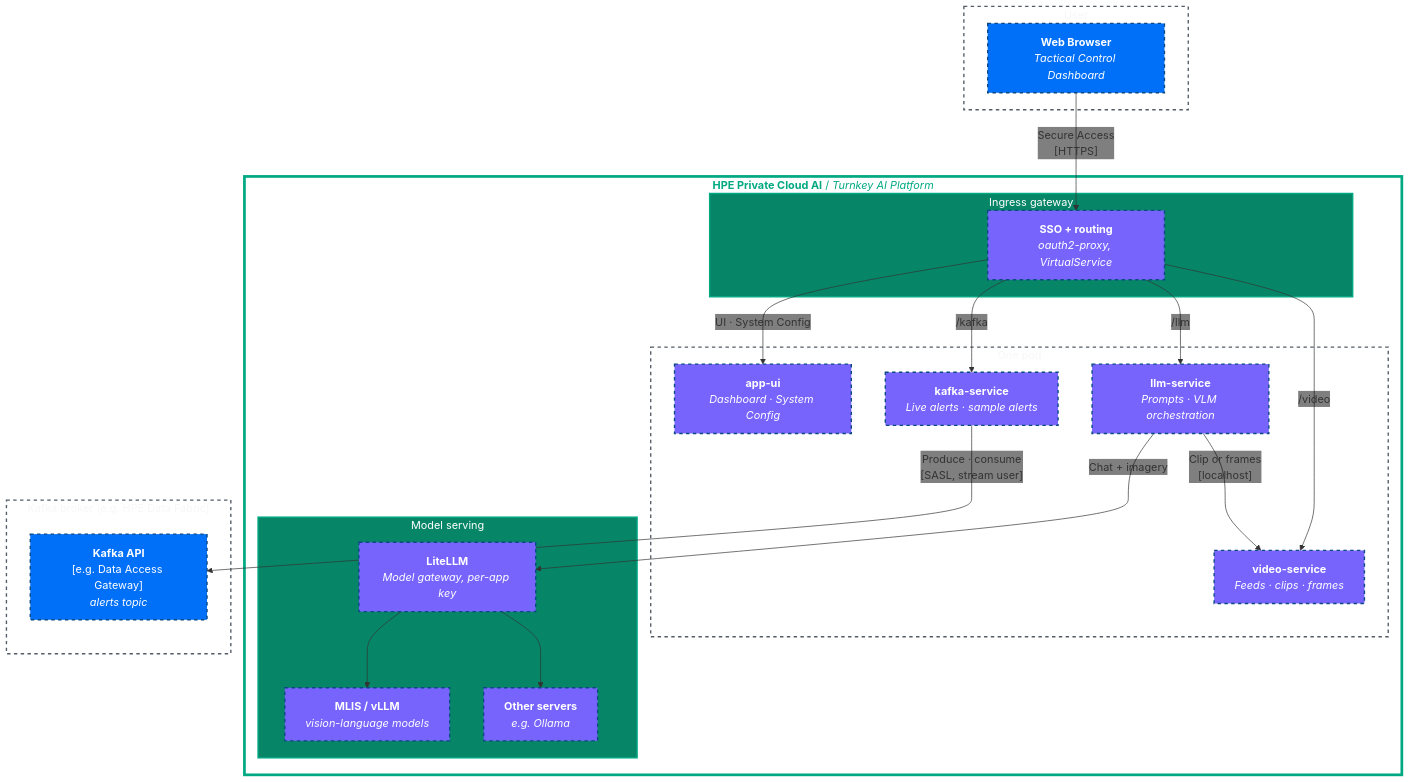
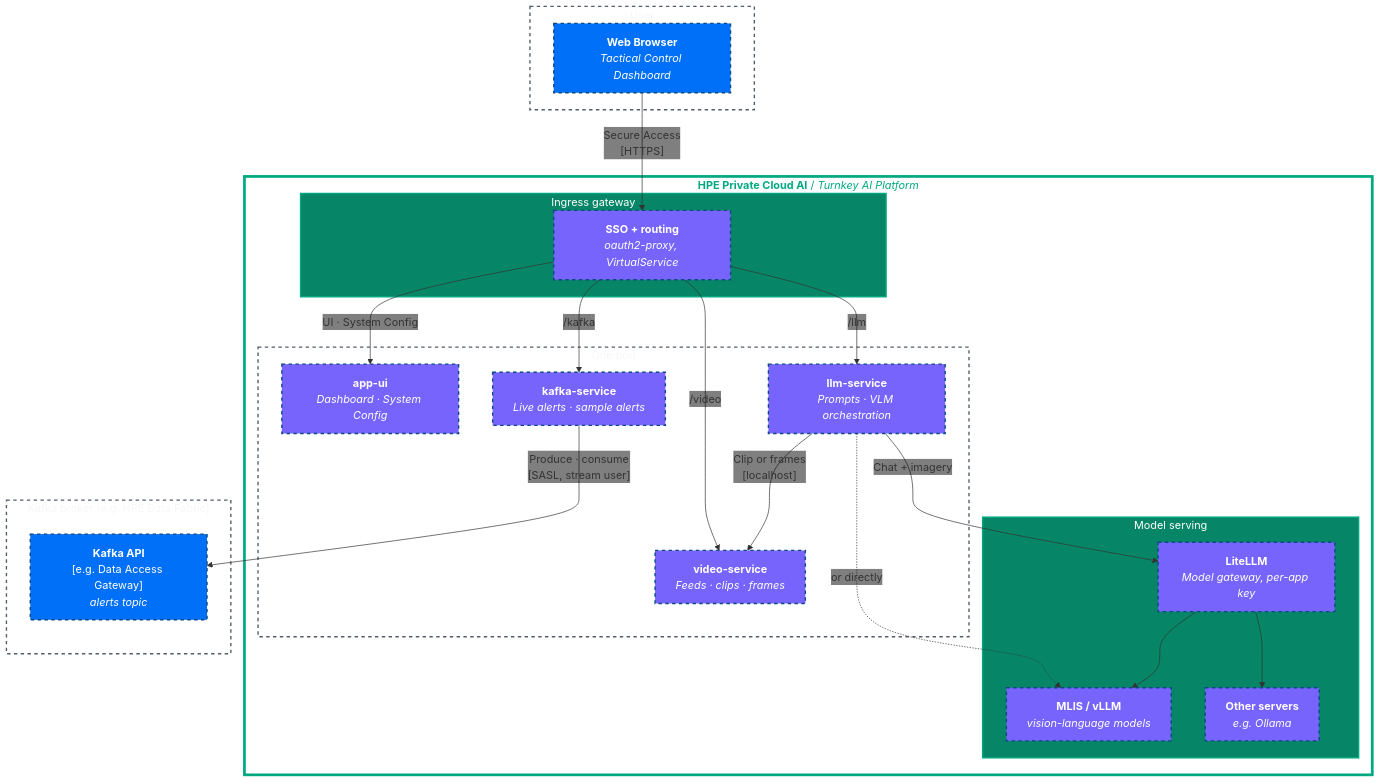
Before and after one commit to erdincka/defence-ops: the diagram in DIAGRAM.md, drawn with Mermaid. The commit also changed other lines of this file and 12 other files, not shown here.

````diff
--- a/DIAGRAM.md
+++ b/DIAGRAM.md
@@ -7,65 +7,66 @@
 ```mermaid
 %%{ init: { 'themeVariables': { 'edgeLabelBackground': 'transparent', 'primaryTextColor': '#F7F7F7', 'secondaryTextColor': '#F7F7F7', 'tertiaryTextColor': '#F7F7F7' } } }%%
 flowchart TD
     %% Styling Classes
     classDef container fill:#7764fc,color:#fff,stroke:#0b4884,stroke-width:2px;
     classDef outsider fill:#0070f8,color:#fff,stroke:#0b4884,stroke-width:2px;
     classDef node fill:none,color:#F7F7F7,stroke:#535C66,stroke-width:2px,stroke-dasharray: 5 5;
     classDef external fill:#3E4550,color:#fff,stroke:#666,stroke-width:2px;
     classDef database fill:#6c2b7c,color:#fff,stroke:#0b4884,stroke-width:2px;
 
     %% 1. User Context (Top)
     subgraph user ["User"]
         spa["<b>Web Browser</b><br/><i>Tactical Control Dashboard</i>"]
     end
     class spa outsider;
 
     %% 2. HPE Private Cloud AI
     subgraph pcai ["<b>HPE Private Cloud AI</b> / <i>Turnkey AI Platform</i>"]
         subgraph gateway ["&nbsp; Ingress gateway &nbsp;"]
             istio["&nbsp; &nbsp; &nbsp; <b>SSO + routing</b> &nbsp; &nbsp; &nbsp;<br/><i>oauth2-proxy, VirtualService</i>"]
         end
         class istio container;
         subgraph ns ["One pod"]
 
             app_ui_svc["<b>app-ui</b><br/><i>Dashboard · System Config</i>"]
             llm_svc["<b>llm-service</b><br/><i>Prompts · VLM orchestration</i>"]
             kafka_svc["<b>kafka-service</b><br/><i>Live alerts · sample alerts</i>"]
             video_svc["<b>video-service</b><br/><i>Feeds · clips · frames</i>"]
             class app_ui_svc,llm_svc,kafka_svc,video_svc container;
             
         end
         subgraph inf_cluster ["Model serving"]
             litellm["<b>LiteLLM</b><br/><i>Model gateway, per-app key</i>"]
             mlis["<b>MLIS / vLLM</b><br/><i>vision-language models</i>"]
             ollama["<b>Other servers</b><br/><i>e.g. Ollama</i>"]
         end
         class litellm,mlis,ollama container;
     end
 
     %% 3. External Dependencies (Bottom)
     subgraph external ["Kafka broker (e.g. HPE Data Fabric)"]
         kafka_cluster["<b>Kafka API</b><br/>[e.g. Data Access Gateway]<br/><i>alerts topic</i>"]
     end
     class kafka_cluster outsider;
 
     %% --- Layout & Relationships ---
     spa -- "Secure Access<br/>[HTTPS]" --> istio
     istio -- "UI · System Config" --> app_ui_svc
     istio -- "/llm" --> llm_svc
     istio -- "/kafka" --> kafka_svc
     istio -- "/video" --> video_svc
     
     %% Aligning lower components side-by-side
     llm_svc -- "Chat + imagery" --> litellm
+    llm_svc -. or directly .-> mlis
     litellm --> mlis
     litellm --> ollama
     llm_svc -- "Clip or frames<br/>[localhost]" --> video_svc
     kafka_svc -- "Produce · consume<br/>[SASL, stream user]" --> kafka_cluster
     
     %% --- Custom Standout Styling ---
     style pcai fill:none,stroke:#01a982,stroke-width:4px,color:#01a982
     style gateway fill:#068667,stroke:#01a982,stroke-width:2px,color:#fff
     style inf_cluster fill:#068667,stroke:#01a982,stroke-width:2px,color:#fff
     class user,ns,pods,storage,external node;
 ```
````
